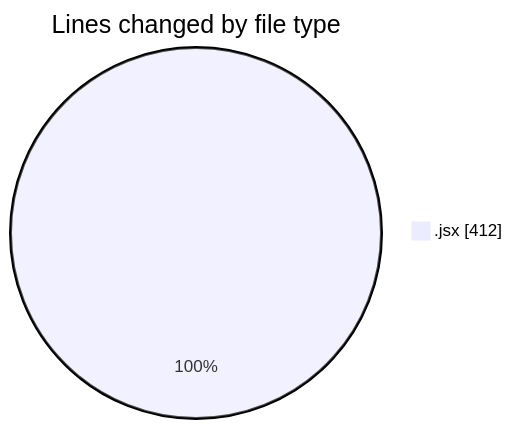
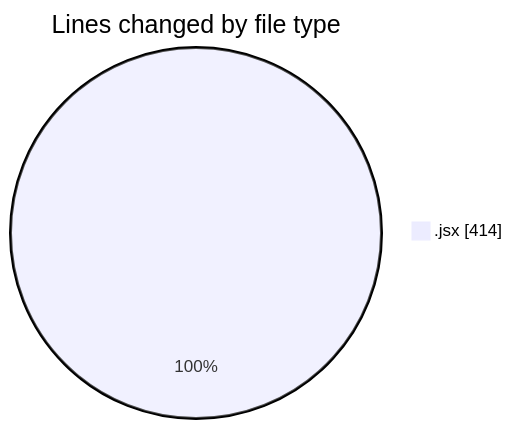
One commit to nxtqubesakshisongat/code-tracking changed the first of 2 diagrams in 2025-05-09/argos-dev/README.md. Above: the diagram before and after it, drawn with Mermaid. The commit also changed other lines of this file and 1 other file, not shown here.

````diff
--- a/2025-05-09/argos-dev/README.md
+++ b/2025-05-09/argos-dev/README.md
@@ -20,5 +20,5 @@
 ```mermaid
 pie showData
 title Lines changed by file type
-".jsx" : 412
+".jsx" : 414
 ```
````
